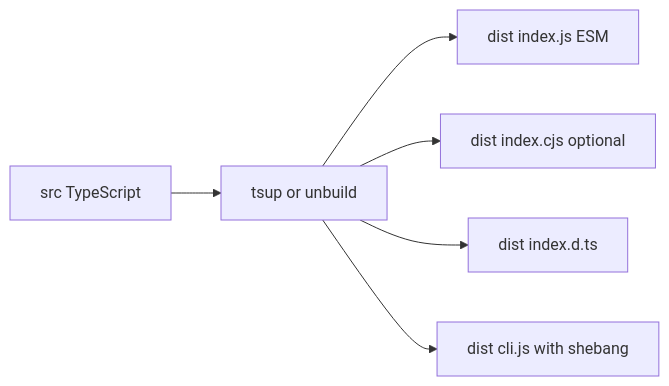
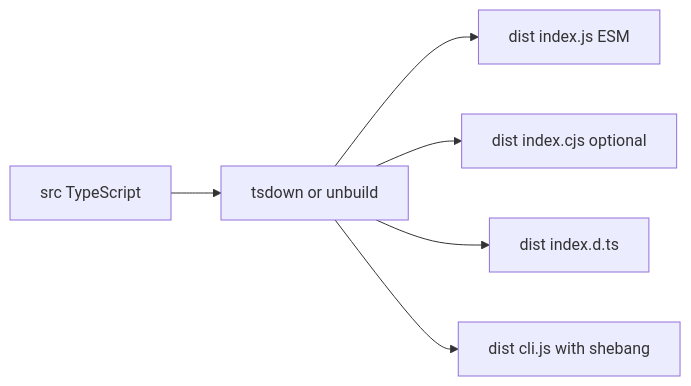
Before and after one commit to seek-js/seek: the third of 4 diagrams in research/implementation-package-publishing-workflow.md, drawn with Mermaid. The commit also changed other lines of this file and 3 other files, not shown here.

````diff
--- a/research/implementation-package-publishing-workflow.md
+++ b/research/implementation-package-publishing-workflow.md
@@ -88,8 +105,8 @@
 ```mermaid
 flowchart LR
-    srcTS[src TypeScript] --> bundler[tsup or unbuild]
+    srcTS[src TypeScript] --> bundler[tsdown or unbuild]
     bundler --> esmOut[dist index.js ESM]
     bundler --> cjsOut[dist index.cjs optional]
     bundler --> dtsOut[dist index.d.ts]
     bundler --> cliOut[dist cli.js with shebang]
 ```
````
